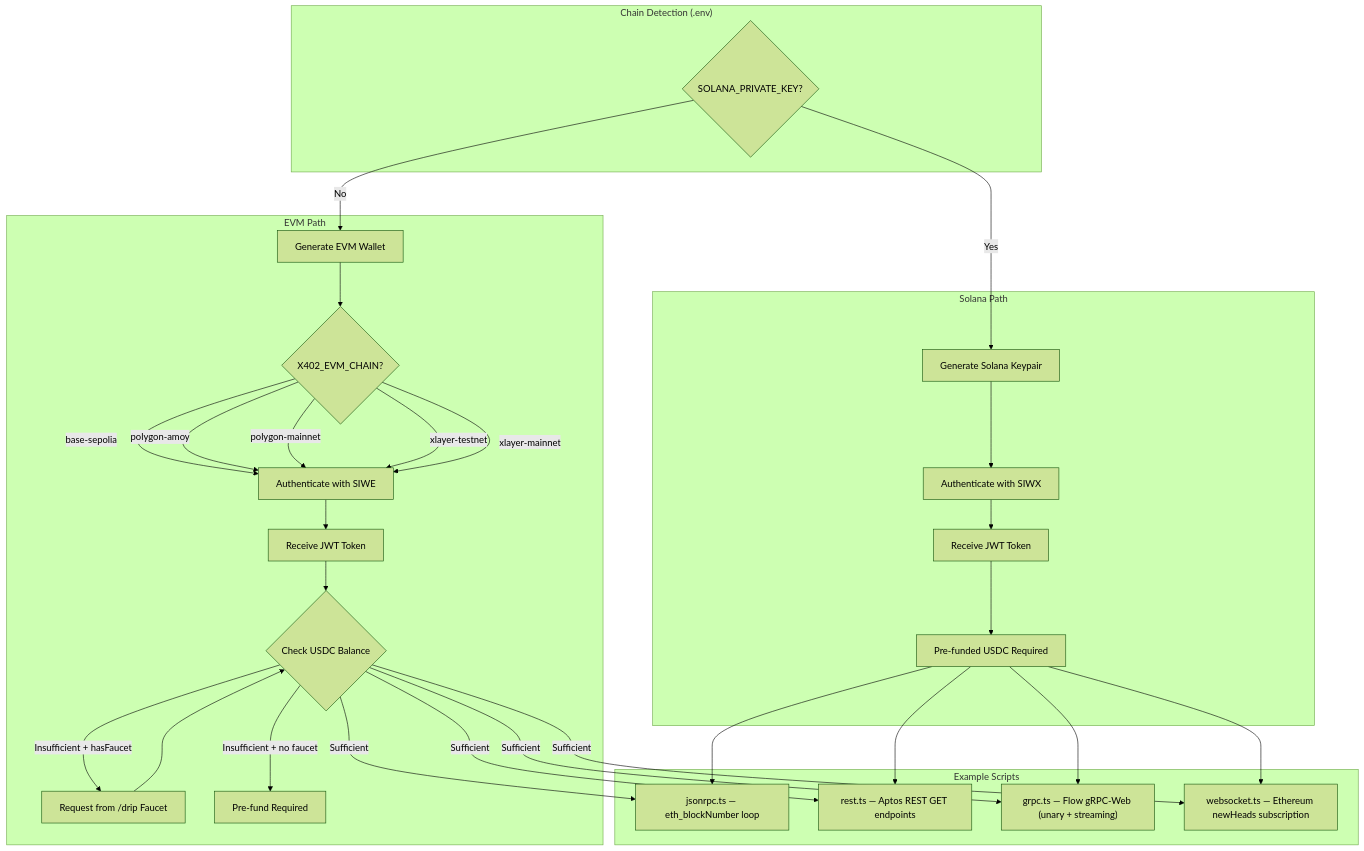
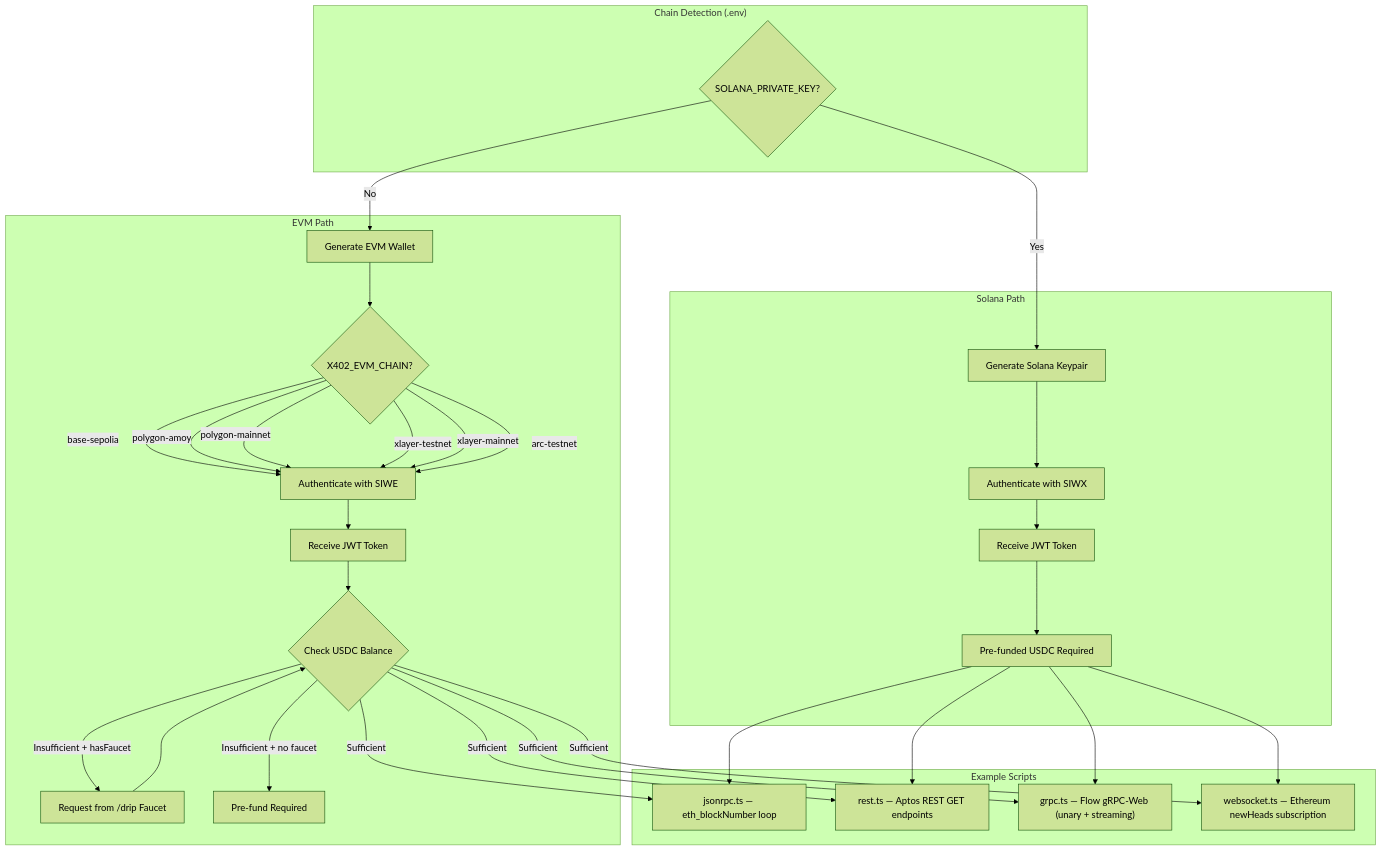
Before and after one commit to quiknode-labs/qn-x402-examples: the diagram in README.md, drawn with Mermaid (forest theme). The commit also changed other lines of this file and 9 other files, not shown here.

````diff
--- a/README.md
+++ b/README.md
@@ -9,40 +9,41 @@
 ```mermaid
 flowchart TB
     subgraph Detection["Chain Detection (.env)"]
         D{SOLANA_PRIVATE_KEY?}
     end
 
     subgraph EVM["EVM Path"]
         EA[Generate EVM Wallet] --> EX{X402_EVM_CHAIN?}
         EX -->|base-sepolia| EB[Authenticate with SIWE]
         EX -->|polygon-amoy| EB
         EX -->|polygon-mainnet| EB
         EX -->|xlayer-testnet| EB
         EX -->|xlayer-mainnet| EB
+        EX -->|arc-testnet| EB
         EB --> EC[Receive JWT Token]
         EC --> ED{Check USDC Balance}
         ED -->|Insufficient + hasFaucet| EE[Request from /drip Faucet]
         EE --> ED
         ED -->|Insufficient + no faucet| EF[Pre-fund Required]
     end
 
     subgraph Solana["Solana Path"]
         SA[Generate Solana Keypair] --> SB[Authenticate with SIWX]
         SB --> SC[Receive JWT Token]
         SC --> SD[Pre-funded USDC Required]
     end
 
     D -->|Yes| SA
     D -->|No| EA
 
     subgraph Scripts["Example Scripts"]
         ED -->|Sufficient| G["jsonrpc.ts — eth_blockNumber loop"]
         ED -->|Sufficient| H["rest.ts — Aptos REST GET endpoints"]
         ED -->|Sufficient| I["grpc.ts — Flow gRPC-Web (unary + streaming)"]
         ED -->|Sufficient| J["websocket.ts — Ethereum newHeads subscription"]
         SD --> G
         SD --> H
         SD --> I
         SD --> J
     end
 ```
````
